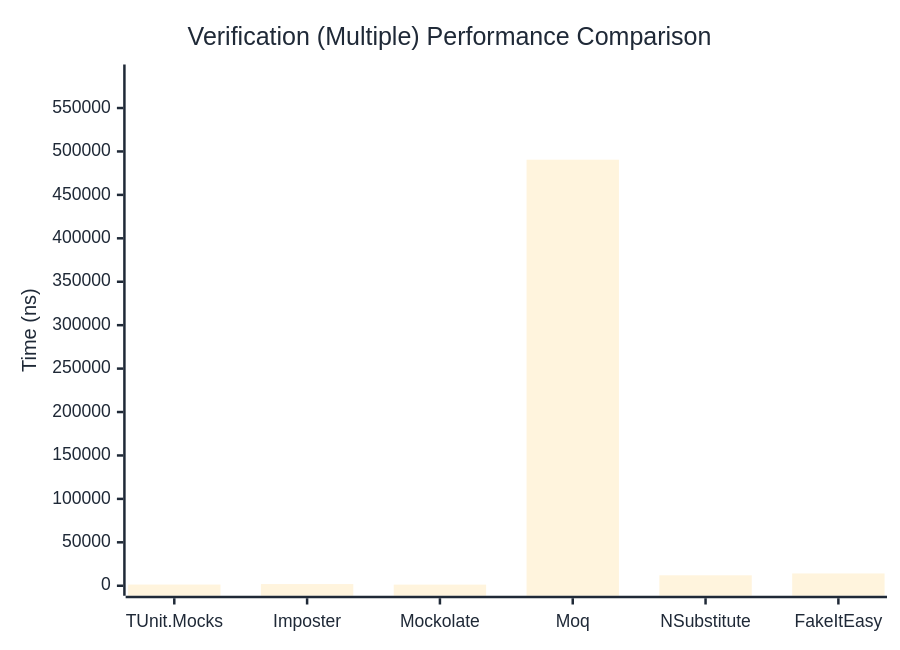
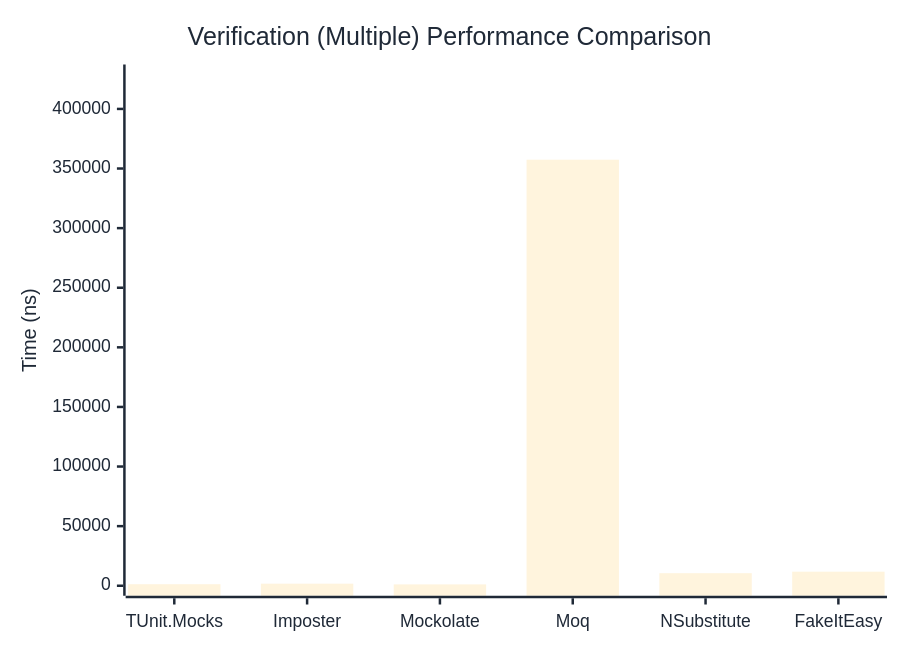
The third of 3 diagrams in docs/docs/benchmarks/mocks/Verification.md (thomhurst/TUnit), drawn with Mermaid before and after one commit. The commit also changed other lines of this file and 14 other files, not shown here.

````diff
--- a/docs/docs/benchmarks/mocks/Verification.md
+++ b/docs/docs/benchmarks/mocks/Verification.md
@@ -112,27 +112,27 @@
 ```mermaid
 %%{init: {
   'theme':'base',
   'themeVariables': {
     'primaryColor': '#2563eb',
     'primaryTextColor': '#1f2937',
     'primaryBorderColor': '#1e40af',
     'lineColor': '#6b7280',
     'secondaryColor': '#7c3aed',
     'tertiaryColor': '#dc2626',
     'background': '#ffffff',
     'pie1': '#2563eb',
     'pie2': '#7c3aed',
     'pie3': '#dc2626',
     'pie4': '#f59e0b',
     'pie5': '#10b981',
     'pie6': '#06b6d4',
     'pie7': '#ec4899',
     'pie8': '#6366f1'
   }
 }}%%
 xychart-beta
   title "Verification (Multiple) Performance Comparison"
   x-axis ["TUnit.Mocks", "Imposter", "Mockolate", "Moq", "NSubstitute", "FakeItEasy"]
-  y-axis "Time (ns)" 0 --> 588595
-  bar [1386.41, 1920.83, 1295.65, 490495.54, 12018.59, 14170.14]
+  y-axis "Time (ns)" 0 --> 428872
+  bar [1282.45, 1747.22, 1142.36, 357392.96, 10530.22, 11804.9]
 ```
````
